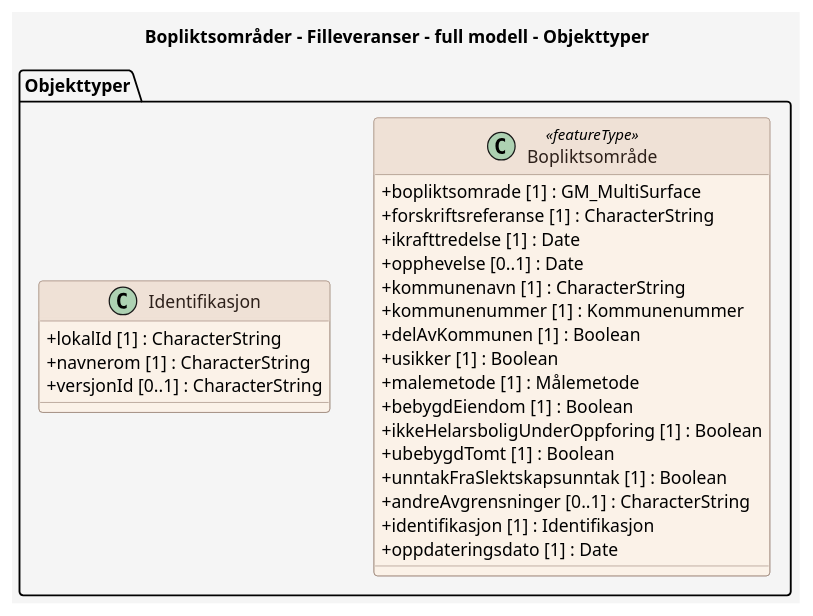
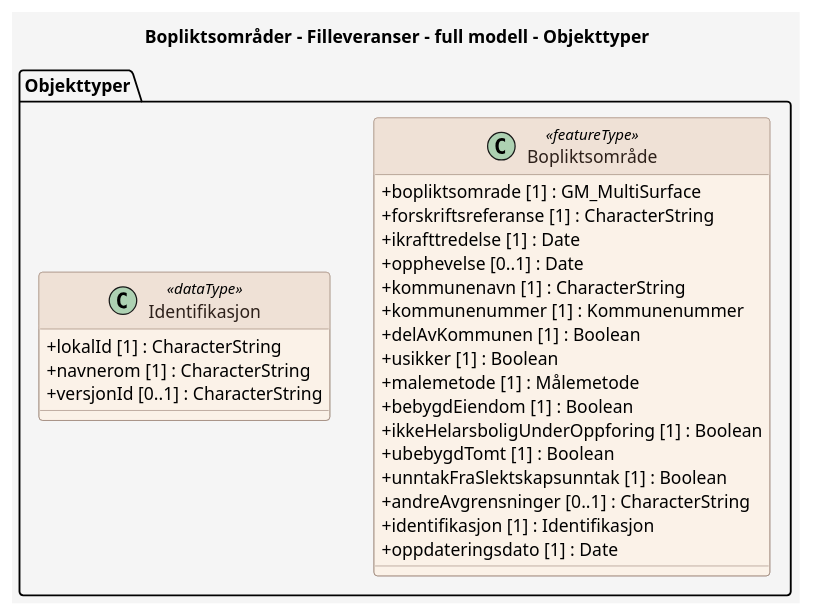
Before and after one commit to larsingea/produktspesifikasjon_mal: the diagram in produktspesifikasjon/bopliktsomrader/filleveranser-full-modell/filleveranser-full-modell_feature_catalogue.puml, drawn with PlantUML. The commit also changed 2 other files, not shown here.

```diff
--- a/produktspesifikasjon/bopliktsomrader/filleveranser-full-modell/filleveranser-full-modell_feature_catalogue.puml
+++ b/produktspesifikasjon/bopliktsomrader/filleveranser-full-modell/filleveranser-full-modell_feature_catalogue.puml
@@ -1,53 +1,53 @@
 @startuml
 title Bopliktsområder - Filleveranser - full modell - Objekttyper
 
 skinparam backgroundColor #F5F5F5
 skinparam shadowing false
 skinparam RoundCorner 6
 skinparam ArrowColor #6C8198
 skinparam class {
   BackgroundColor #FBF2E8
   BorderColor #9C8578
   FontColor #2D201A
   HeaderBackgroundColor #EFE1D6
   HeaderFontColor #2D201A
   AttributeIconSize 0
 }
 skinparam note {
   BackgroundColor #FFFFFF
   BorderColor #6C8198
   FontColor #2D201A
 }
 skinparam stereotypeCBackgroundColor #EAD9CE
 skinparam stereotypeCBorderColor #9C8578
 skinparam stereotypeCFontColor #2D201A
 
 package "Objekttyper" {
 
   class "Bopliktsområde" as Bopliktsomr_de <<featureType>> {
     + bopliktsomrade [1] : GM_MultiSurface
     + forskriftsreferanse [1] : CharacterString
     + ikrafttredelse [1] : Date
     + opphevelse [0..1] : Date
     + kommunenavn [1] : CharacterString
     + kommunenummer [1] : Kommunenummer
     + delAvKommunen [1] : Boolean
     + usikker [1] : Boolean
     + malemetode [1] : Målemetode
     + bebygdEiendom [1] : Boolean
     + ikkeHelarsboligUnderOppforing [1] : Boolean
     + ubebygdTomt [1] : Boolean
     + unntakFraSlektskapsunntak [1] : Boolean
     + andreAvgrensninger [0..1] : CharacterString
     + identifikasjon [1] : Identifikasjon
     + oppdateringsdato [1] : Date
   }
 
-  class Identifikasjon {
+  class Identifikasjon <<dataType>> {
     + lokalId [1] : CharacterString
     + navnerom [1] : CharacterString
     + versjonId [0..1] : CharacterString
   }
 }
 
 @enduml
```
